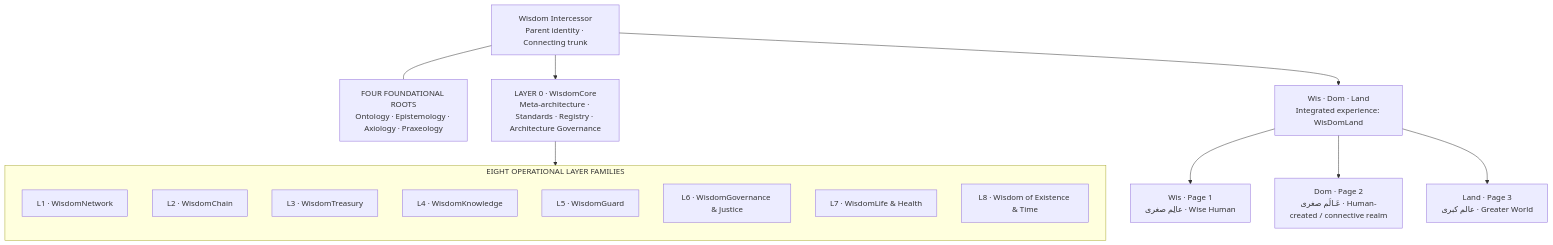
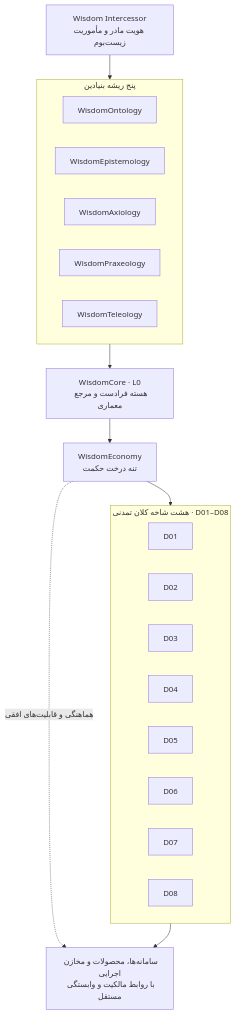
The diagram in profile/README.md (Wisdom-Intercessor/.github), drawn with Mermaid before and after one commit. The commit also changed other lines of this file, not shown here.

Commit message:
Rewrite organization profile with corrected Wisdom Tree architecture

````diff
--- a/profile/README.md
+++ b/profile/README.md
@@ -20,26 +31,30 @@
 ```mermaid
 flowchart TB
-  WI["Wisdom Intercessor<br/>Parent identity · Connecting trunk"]
-  ROOTS["FOUR FOUNDATIONAL ROOTS<br/>Ontology · Epistemology · Axiology · Praxeology"]
-  L0["LAYER 0 · WisdomCore<br/>Meta-architecture · Standards · Registry · Architecture Governance"]
-  WI --- ROOTS
-  WI --> L0
-  L0 --> LAYERS
-
-  subgraph LAYERS["EIGHT OPERATIONAL LAYER FAMILIES"]
-    direction TB
-    L1["L1 · WisdomNetwork"]
-    L2["L2 · WisdomChain"]
-    L3["L3 · WisdomTreasury"]
-    L4["L4 · WisdomKnowledge"]
-    L5["L5 · WisdomGuard"]
-    L6["L6 · WisdomGovernance & Justice"]
-    L7["L7 · WisdomLife & Health"]
-    L8["L8 · Wisdom of Existence & Time"]
+  ID["Wisdom Intercessor<br/>هویت مادر و مأموریت زیست‌بوم"]
+  subgraph ROOTS["پنج ریشه بنیادین"]
+    O["WisdomOntology"]
+    E["WisdomEpistemology"]
+    A["WisdomAxiology"]
+    P["WisdomPraxeology"]
+    T["WisdomTeleology"]
   end
-
-  WI --> EXPERIENCE["Wis · Dom · Land<br/>Integrated experience: WisDomLand"]
-  EXPERIENCE --> WIS["Wis · Page 1<br/>عالِم صغری · Wise Human"]
-  EXPERIENCE --> DOM["Dom · Page 2<br/>عَـالَم صغری · Human-created / connective realm"]
-  EXPERIENCE --> LAND["Land · Page 3<br/>عالم کبری · Greater World"]
+  CORE["WisdomCore · L0<br/>هسته فرادست و مرجع معماری"]
+  TRUNK["WisdomEconomy<br/>تنه درخت حکمت"]
+  subgraph BRANCHES["هشت شاخه کلان تمدنی · D01–D08"]
+    D1["D01"] 
+    D2["D02"]
+    D3["D03"]
+    D4["D04"]
+    D5["D05"]
+    D6["D06"]
+    D7["D07"]
+    D8["D08"]
+  end
+  PORT["سامانه‌ها، محصولات و مخازن اجرایی<br/>با روابط مالکیت و وابستگی مستقل"]
+  ID --> ROOTS
+  ROOTS --> CORE
+  CORE --> TRUNK
+  TRUNK --> BRANCHES
+  TRUNK -. "هماهنگی و قابلیت‌های افقی" .-> PORT
+  BRANCHES --> PORT
 ```
````
